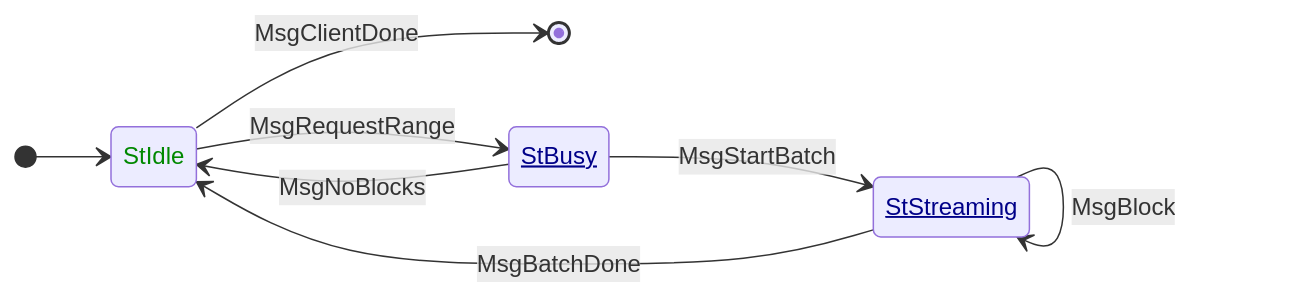
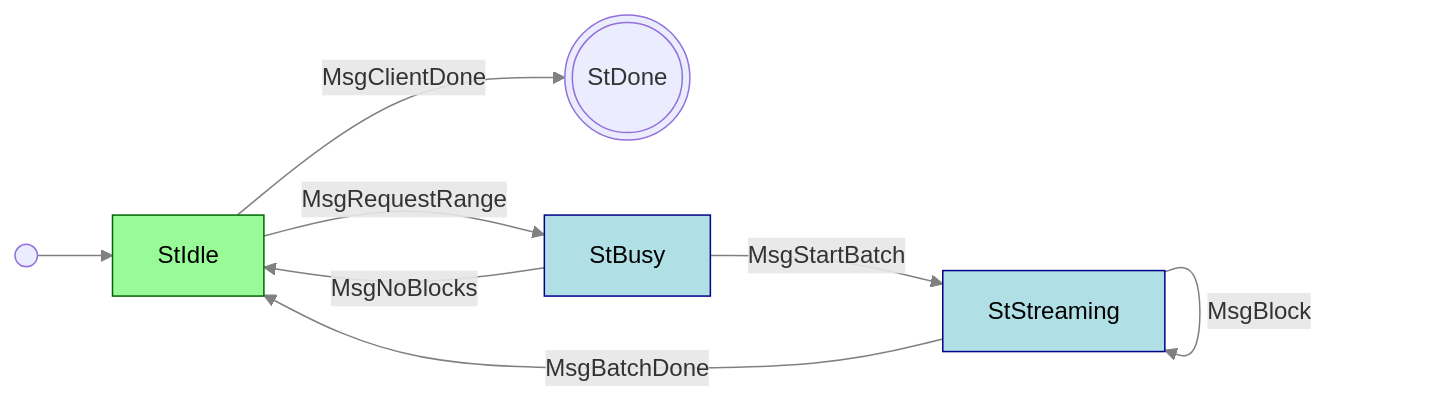
One commit to rkuhn/cardano-blueprint changed the diagram in src/network/node-to-node/blockfetch/README.md. Above: the diagram before and after it, drawn with Mermaid. The commit also changed other lines of this file and 11 other files, not shown here.

First line of the commit message:
Improve readability of state diagrams

````diff
--- a/src/network/node-to-node/blockfetch/README.md
+++ b/src/network/node-to-node/blockfetch/README.md
@@ -38,17 +38,19 @@
 ```mermaid
-stateDiagram
-   direction LR
-   [*] --> StIdle
-   StIdle --> [*]: MsgClientDone
-   StIdle --> StBusy: MsgRequestRange
-   StBusy --> StIdle: MsgNoBlocks
-   StBusy --> StStreaming: MsgStartBatch
-   StStreaming --> StStreaming: MsgBlock
-   StStreaming --> StIdle: MsgBatchDone
+graph LR
+   classDef client color:black,fill:PaleGreen,stroke:DarkGreen;
+   classDef server color:black,fill:PowderBlue,stroke:DarkBlue;
+   linkStyle default stroke:gray
 
-    classDef initiator color:#080
-    classDef responder color:#008, text-decoration: underline
-    class StIdle initiator
-    class StBusy responder
-    class StStreaming responder
+   StDone(((StDone)))
+
+   i(( )) --> StIdle
+   StIdle --MsgClientDone--> StDone
+   StIdle --MsgRequestRange--> StBusy
+   StBusy --MsgNoBlocks--> StIdle
+   StBusy --MsgStartBatch--> StStreaming
+   StStreaming --MsgBlock--> StStreaming
+   StStreaming --MsgBatchDone--> StIdle
+
+   class StIdle client
+   class StBusy,StStreaming server
 ```
````
